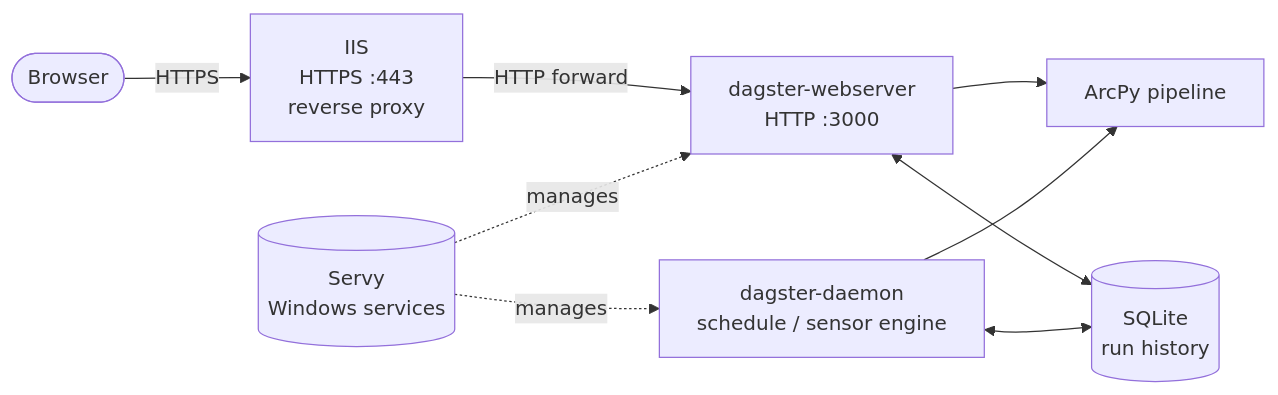
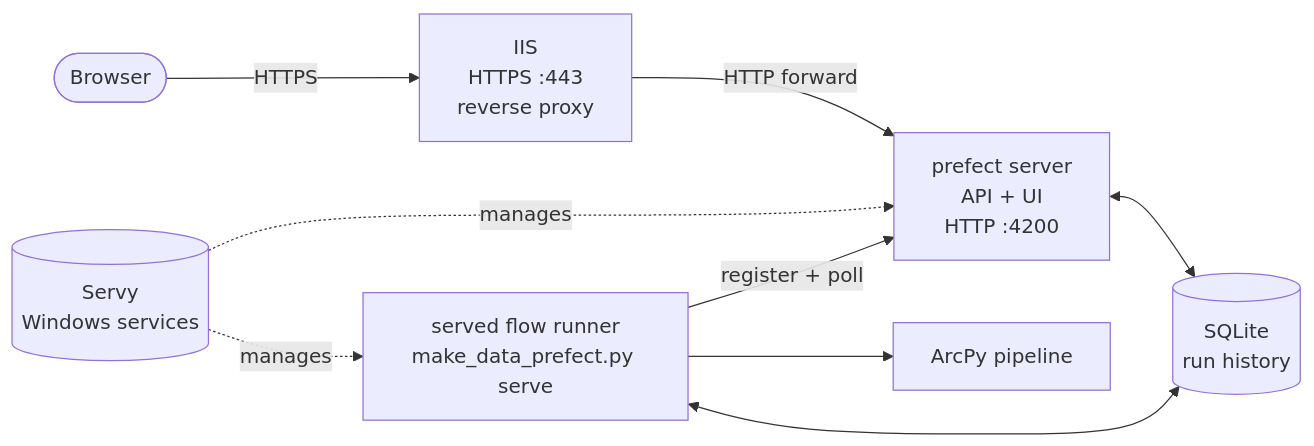
One commit to knu2xs/arcpy-orchestration changed the diagram in docsrc/mkdocs/setup.md. Above: the diagram before and after it, drawn with Mermaid. The commit also changed other lines of this file and 4 other files, not shown here.

````diff
--- a/docsrc/mkdocs/setup.md
+++ b/docsrc/mkdocs/setup.md
@@ -22,19 +25,19 @@
 ```mermaid
 flowchart LR
     browser([Browser])
     iis[IIS<br/>HTTPS :443<br/>reverse proxy]
-    webserver[dagster-webserver<br/>HTTP :3000]
-    daemon[dagster-daemon<br/>schedule / sensor engine]
+    server[prefect server<br/>API + UI<br/>HTTP :4200]
+    runner[served flow runner<br/>make_data_prefect.py serve]
     pipeline[ArcPy pipeline]
     storage[(SQLite<br/>run history)]
     servy[(Servy<br/>Windows services)]
 
     browser -->|HTTPS| iis
-    iis -->|HTTP forward| webserver
-    webserver --> pipeline
-    daemon --> pipeline
-    webserver <--> storage
-    daemon <--> storage
-    servy -. manages .-> webserver
-    servy -. manages .-> daemon
+    iis -->|HTTP forward| server
+    runner -->|register + poll| server
+    runner --> pipeline
+    server <--> storage
+    runner <--> storage
+    servy -. manages .-> server
+    servy -. manages .-> runner
 ```
````
